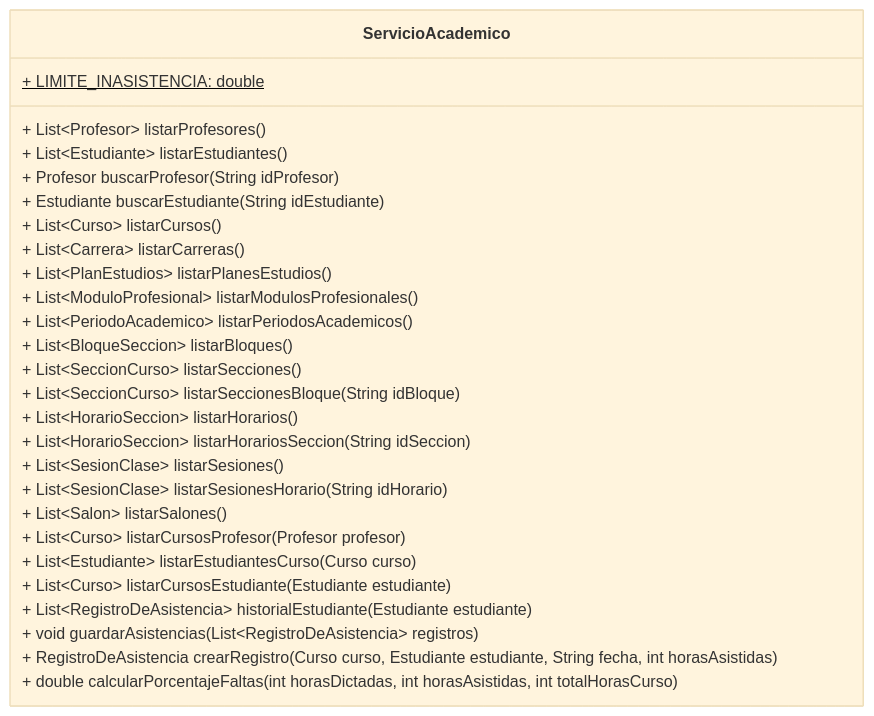
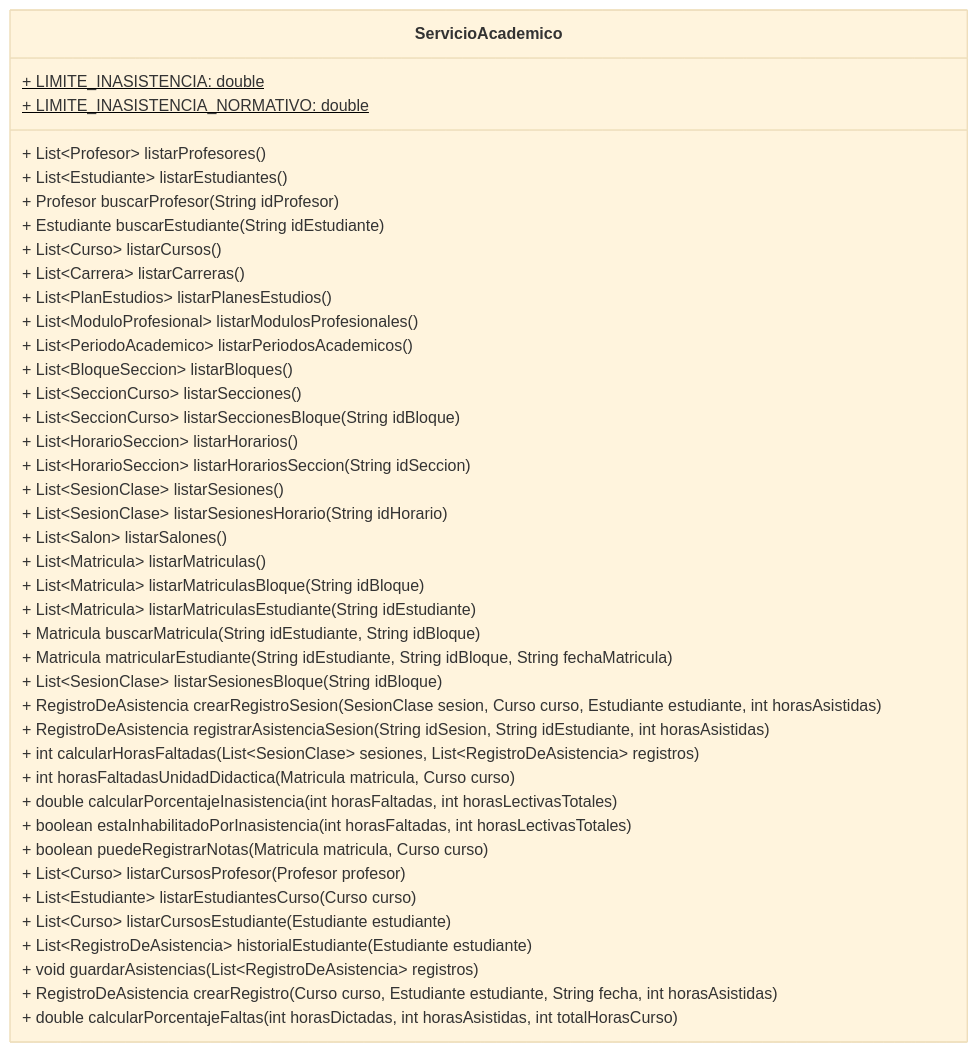
The diagram in docs/service/ServicioAcademico.mmd (Aireck2/take-attendance-java), drawn with Mermaid (base theme) before and after one commit. The commit also changed 14 other files, not shown here.

```diff
--- a/docs/service/ServicioAcademico.mmd
+++ b/docs/service/ServicioAcademico.mmd
@@ -1,28 +1,42 @@
 classDiagram
     class ServicioAcademico {
         + LIMITE_INASISTENCIA: double$
+        + LIMITE_INASISTENCIA_NORMATIVO: double$
         + List~Profesor~ listarProfesores()
         + List~Estudiante~ listarEstudiantes()
         + Profesor buscarProfesor(String idProfesor)
         + Estudiante buscarEstudiante(String idEstudiante)
         + List~Curso~ listarCursos()
         + List~Carrera~ listarCarreras()
         + List~PlanEstudios~ listarPlanesEstudios()
         + List~ModuloProfesional~ listarModulosProfesionales()
         + List~PeriodoAcademico~ listarPeriodosAcademicos()
         + List~BloqueSeccion~ listarBloques()
         + List~SeccionCurso~ listarSecciones()
         + List~SeccionCurso~ listarSeccionesBloque(String idBloque)
         + List~HorarioSeccion~ listarHorarios()
         + List~HorarioSeccion~ listarHorariosSeccion(String idSeccion)
         + List~SesionClase~ listarSesiones()
         + List~SesionClase~ listarSesionesHorario(String idHorario)
         + List~Salon~ listarSalones()
+        + List~Matricula~ listarMatriculas()
+        + List~Matricula~ listarMatriculasBloque(String idBloque)
+        + List~Matricula~ listarMatriculasEstudiante(String idEstudiante)
+        + Matricula buscarMatricula(String idEstudiante, String idBloque)
+        + Matricula matricularEstudiante(String idEstudiante, String idBloque, String fechaMatricula)
+        + List~SesionClase~ listarSesionesBloque(String idBloque)
+        + RegistroDeAsistencia crearRegistroSesion(SesionClase sesion, Curso curso, Estudiante estudiante, int horasAsistidas)
+        + RegistroDeAsistencia registrarAsistenciaSesion(String idSesion, String idEstudiante, int horasAsistidas)
+        + int calcularHorasFaltadas(List~SesionClase~ sesiones, List~RegistroDeAsistencia~ registros)
+        + int horasFaltadasUnidadDidactica(Matricula matricula, Curso curso)
+        + double calcularPorcentajeInasistencia(int horasFaltadas, int horasLectivasTotales)
+        + boolean estaInhabilitadoPorInasistencia(int horasFaltadas, int horasLectivasTotales)
+        + boolean puedeRegistrarNotas(Matricula matricula, Curso curso)
         + List~Curso~ listarCursosProfesor(Profesor profesor)
         + List~Estudiante~ listarEstudiantesCurso(Curso curso)
         + List~Curso~ listarCursosEstudiante(Estudiante estudiante)
         + List~RegistroDeAsistencia~ historialEstudiante(Estudiante estudiante)
         + void guardarAsistencias(List~RegistroDeAsistencia~ registros)
         + RegistroDeAsistencia crearRegistro(Curso curso, Estudiante estudiante, String fecha, int horasAsistidas)
         + double calcularPorcentajeFaltas(int horasDictadas, int horasAsistidas, int totalHorasCurso)
     }
```
